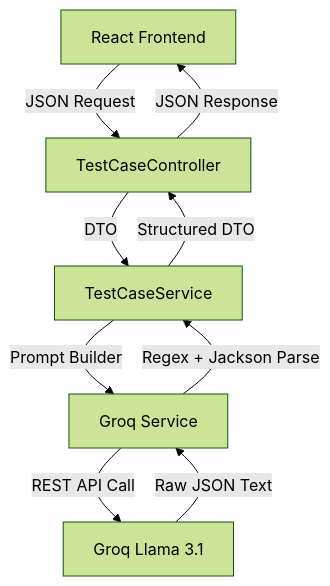
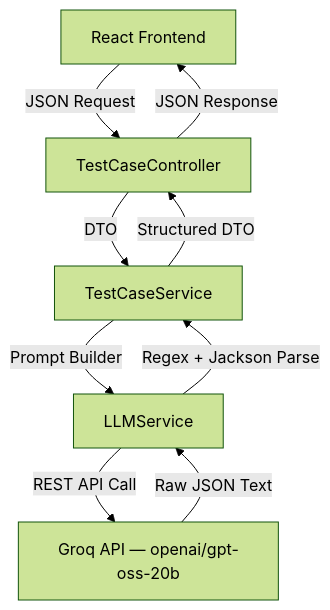
One commit to KushDani23/TestPilotAI changed the diagram in README.md. Above: the diagram before and after it, drawn with Mermaid (forest theme). The commit also changed other lines of this file and 23 other files, not shown here.

Commit message:
added input groq api key module

````diff
--- a/README.md
+++ b/README.md
@@ -23,11 +23,11 @@
 ```mermaid
 graph TD
     Client[React Frontend] -->|JSON Request| Controller[TestCaseController]
     Controller -->|DTO| Service[TestCaseService]
-    Service -->|Prompt Builder| LLMService[Groq Service]
-    LLMService -->|REST API Call| Groq[Groq Llama 3.1]
-    Groq -->|Raw JSON Text| LLMService
+    Service -->|Prompt Builder| LLMService[LLMService]
+    LLMService -->|REST API Call| API[Groq API — openai/gpt-oss-20b]
+    API -->|Raw JSON Text| LLMService
     LLMService -->|Regex + Jackson Parse| Service
     Service -->|Structured DTO| Controller
     Controller -->|JSON Response| Client
 ```
````
